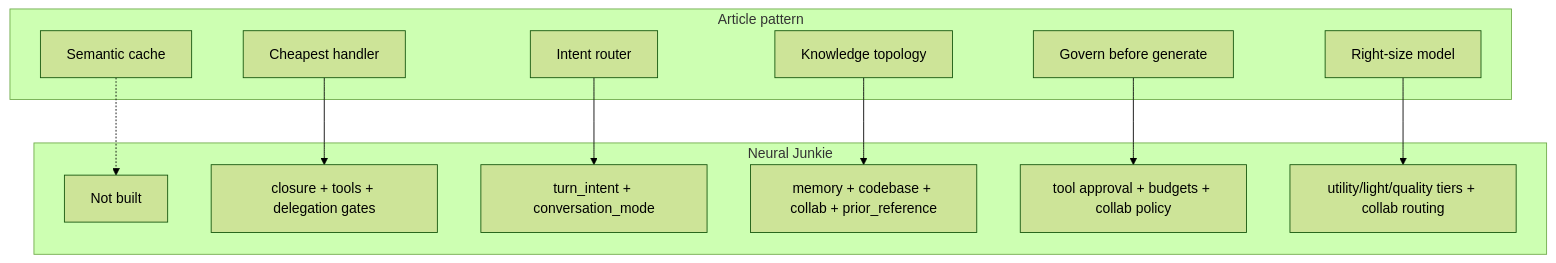
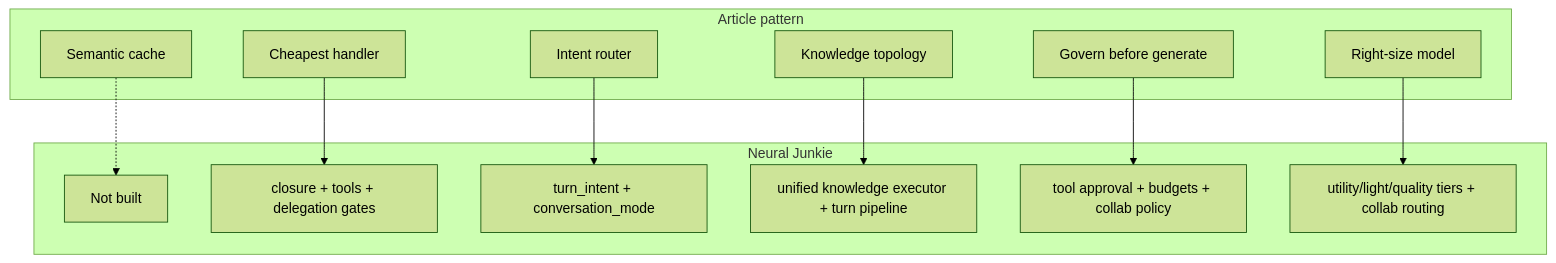
One commit to camronwood/neural-junkie changed the first of 2 diagrams in docs/ADAPTIVE-ORCHESTRATION-NOTES.md. Above: the diagram before and after it, drawn with Mermaid (forest theme). The commit also changed other lines of this file and 45 other files, not shown here.

First line of the commit message:
Add platform foundations: turn pipeline, span tracing, and durable collab state.

````diff
--- a/docs/ADAPTIVE-ORCHESTRATION-NOTES.md
+++ b/docs/ADAPTIVE-ORCHESTRATION-NOTES.md
@@ -31,27 +31,27 @@
 ```mermaid
 flowchart TB
   subgraph article["Article pattern"]
     A1[Semantic cache]
     A2[Cheapest handler]
     A3[Intent router]
     A4[Knowledge topology]
     A5[Govern before generate]
     A6[Right-size model]
   end
 
   subgraph nj["Neural Junkie"]
     N1[Not built]
     N2[closure + tools + delegation gates]
     N3[turn_intent + conversation_mode]
-    N4[memory + codebase + collab + prior_reference]
+    N4[unified knowledge executor + turn pipeline]
     N5[tool approval + budgets + collab policy]
     N6[utility/light/quality tiers + collab routing]
   end
 
   A1 -.-> N1
   A2 --> N2
   A3 --> N3
   A4 --> N4
   A5 --> N5
   A6 --> N6
 ```
````
